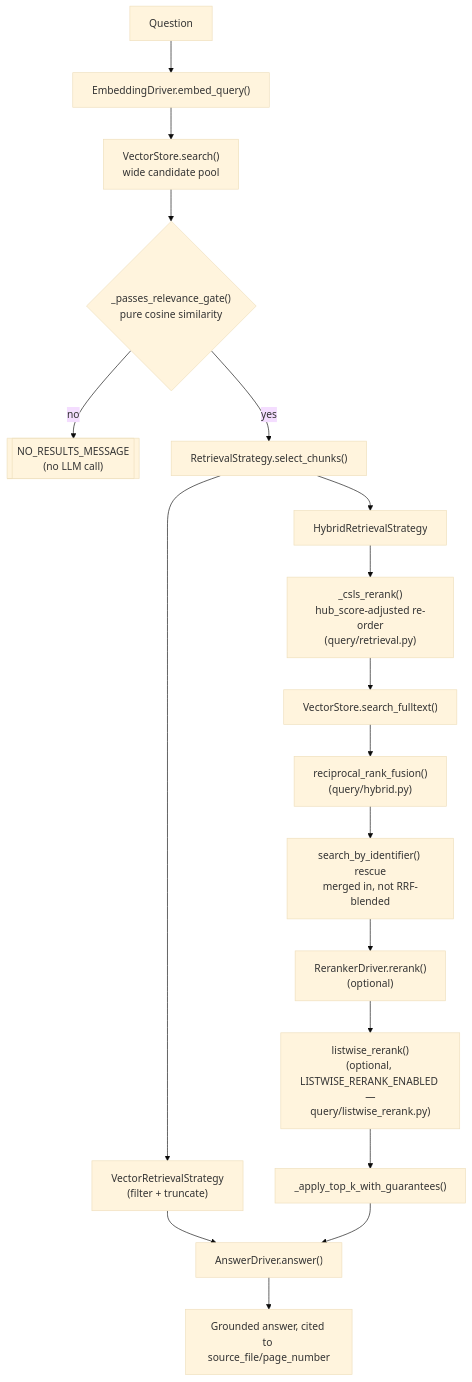
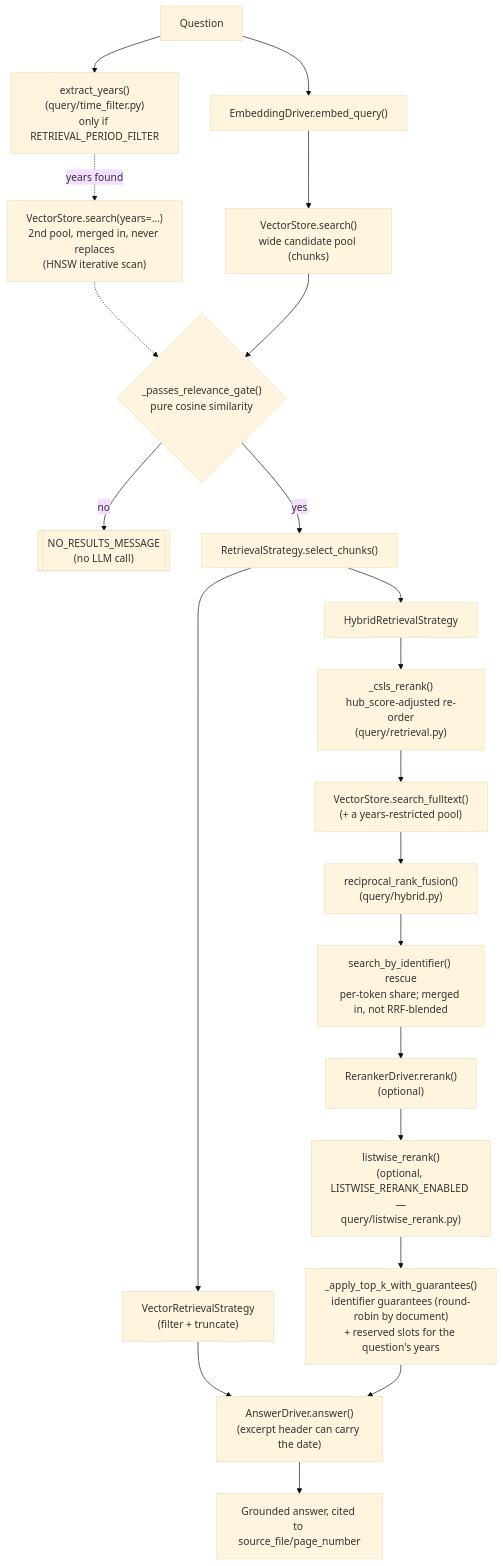
The second of 3 diagrams in docs/architecture.md (olythy/docs-agent), drawn with Mermaid (base theme) before and after one commit. The commit also changed other lines of this file and 1 other file, not shown here.

First line of the commit message:
docs: index every retrieval/answer switch with its measured effect in architecture.md

````diff
--- a/docs/architecture.md
+++ b/docs/architecture.md
@@ -30,20 +30,23 @@
 ```mermaid
 flowchart TD
     Q[Question] --> QE["EmbeddingDriver.embed_query()"]
-    QE --> VS["VectorStore.search()<br/>wide candidate pool"]
+    Q --> YR["extract_years()<br/>(query/time_filter.py)<br/>only if RETRIEVAL_PERIOD_FILTER"]
+    QE --> VS["VectorStore.search()<br/>wide candidate pool (chunks)"]
+    YR -. years found .-> VSY["VectorStore.search(years=...)<br/>2nd pool, merged in, never replaces<br/>(HNSW iterative scan)"]
+    VSY -.-> RG
     VS --> RG{"_passes_relevance_gate()<br/>pure cosine similarity"}
     RG -- no --> NR[["NO_RESULTS_MESSAGE<br/>(no LLM call)"]]
     RG -- yes --> RS["RetrievalStrategy.select_chunks()"]
     RS --> VRS["VectorRetrievalStrategy<br/>(filter + truncate)"]
     RS --> HRS["HybridRetrievalStrategy"]
     HRS --> CSLS["_csls_rerank()<br/>hub_score-adjusted re-order<br/>(query/retrieval.py)"]
-    CSLS --> FTS["VectorStore.search_fulltext()"]
+    CSLS --> FTS["VectorStore.search_fulltext()<br/>(+ a years-restricted pool)"]
     FTS --> RRF["reciprocal_rank_fusion()<br/>(query/hybrid.py)"]
-    RRF --> IDR["search_by_identifier() rescue<br/>merged in, not RRF-blended"]
+    RRF --> IDR["search_by_identifier() rescue<br/>per-token share; merged in, not RRF-blended"]
     IDR --> RR["RerankerDriver.rerank()<br/>(optional)"]
     RR --> LW["listwise_rerank()<br/>(optional, LISTWISE_RERANK_ENABLED —<br/>query/listwise_rerank.py)"]
-    LW --> TK["_apply_top_k_with_guarantees()"]
-    VRS --> AD["AnswerDriver.answer()"]
+    LW --> TK["_apply_top_k_with_guarantees()<br/>identifier guarantees (round-robin by document)<br/>+ reserved slots for the question's years"]
+    VRS --> AD["AnswerDriver.answer()<br/>(excerpt header can carry the date)"]
     TK --> AD
     AD --> ANS["Grounded answer, cited to source_file/page_number"]
 ```
````
